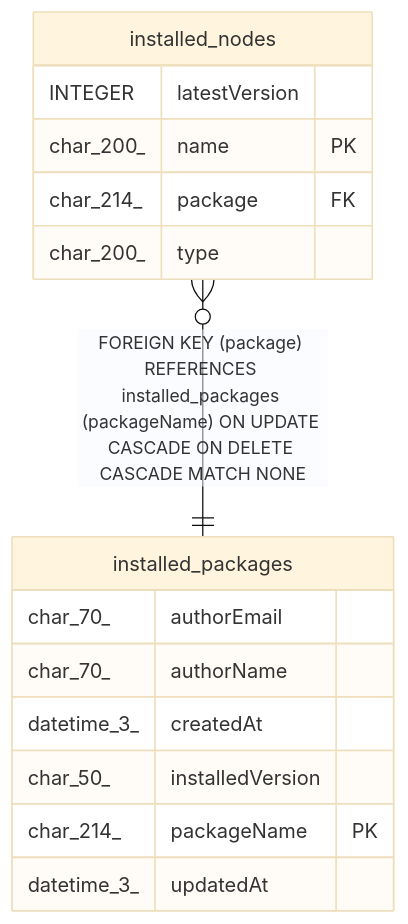
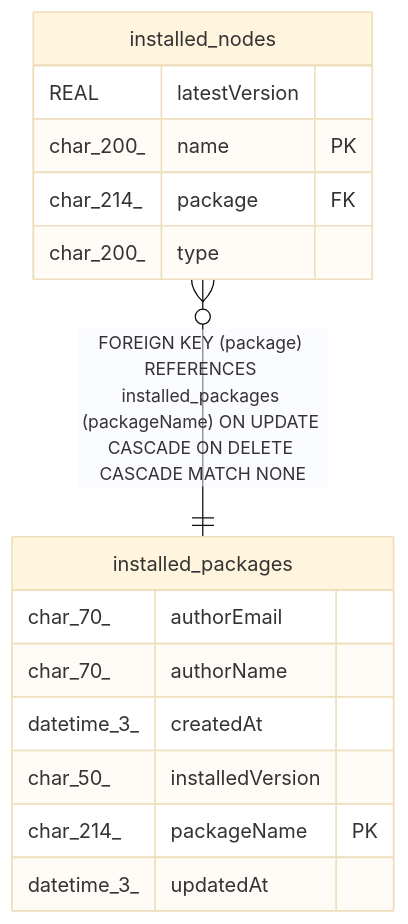
The diagram in docs/generated/sqlite-schema/installed_packages.md (ggrace519/n8n), drawn with Mermaid (base theme) before and after one commit. The commit also changed 11 other files, not shown here.

````diff
--- a/docs/generated/sqlite-schema/installed_packages.md
+++ b/docs/generated/sqlite-schema/installed_packages.md
@@ -40,20 +40,20 @@
 ```mermaid
 erDiagram
 
 "installed_nodes" }o--|| "installed_packages" : "FOREIGN KEY (package) REFERENCES installed_packages (packageName) ON UPDATE CASCADE ON DELETE CASCADE MATCH NONE"
 
 "installed_packages" {
   char_70_ authorEmail
   char_70_ authorName
   datetime_3_ createdAt
   char_50_ installedVersion
   char_214_ packageName PK
   datetime_3_ updatedAt
 }
 "installed_nodes" {
-  INTEGER latestVersion
+  REAL latestVersion
   char_200_ name PK
   char_214_ package FK
   char_200_ type
 }
 ```
````
